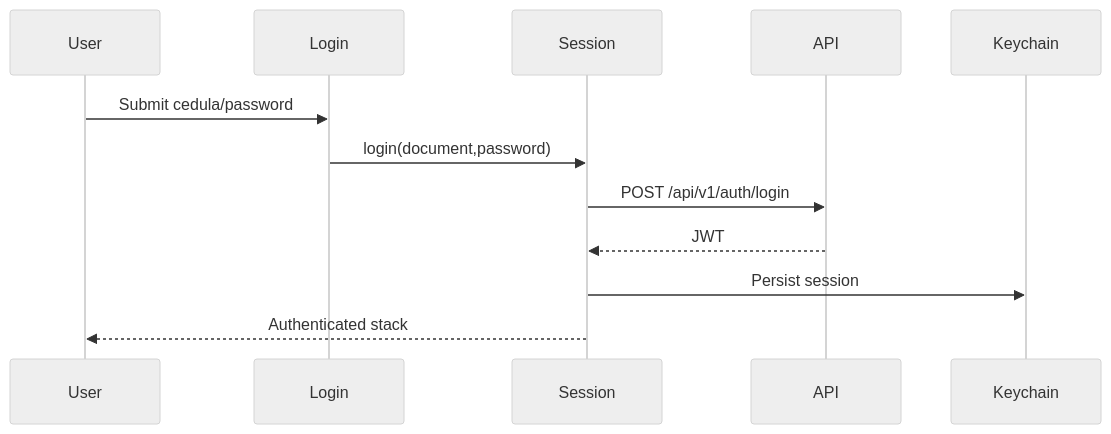
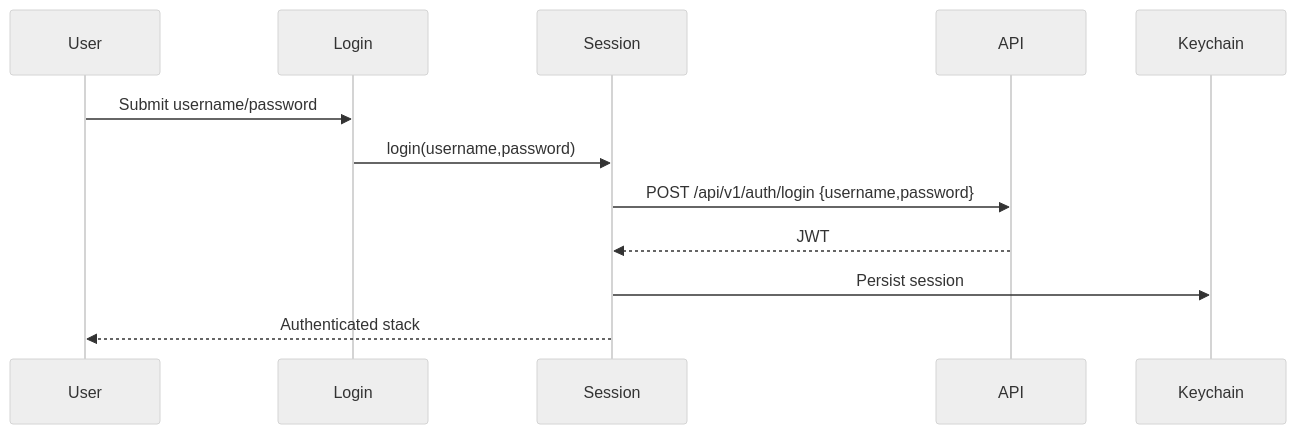
Before and after one commit to CarlosPolo019/credit-mobile: the diagram in knowledge/auth/current-auth-session-flow.md, drawn with Mermaid (neutral theme). The commit also changed other lines of this file and 4 other files, not shown here.

First line of the commit message:
feat(auth): align login contract with backend username field

````diff
--- a/knowledge/auth/current-auth-session-flow.md
+++ b/knowledge/auth/current-auth-session-flow.md
@@ -18,14 +18,14 @@
 ```mermaid
 sequenceDiagram
   participant User
   participant Login
   participant Session
   participant API
   participant Keychain
-  User->>Login: Submit cedula/password
-  Login->>Session: login(document,password)
-  Session->>API: POST /api/v1/auth/login
+  User->>Login: Submit username/password
+  Login->>Session: login(username,password)
+  Session->>API: POST /api/v1/auth/login {username,password}
   API-->>Session: JWT
   Session->>Keychain: Persist session
   Session-->>User: Authenticated stack
 ```
````
